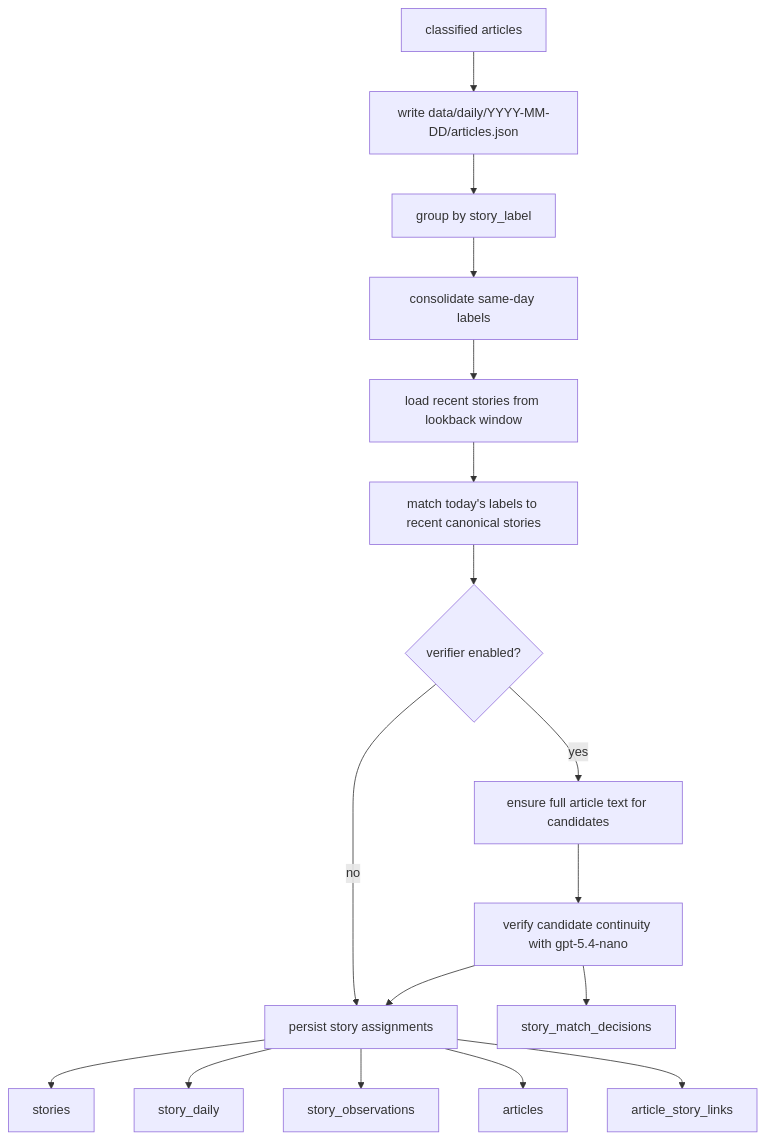
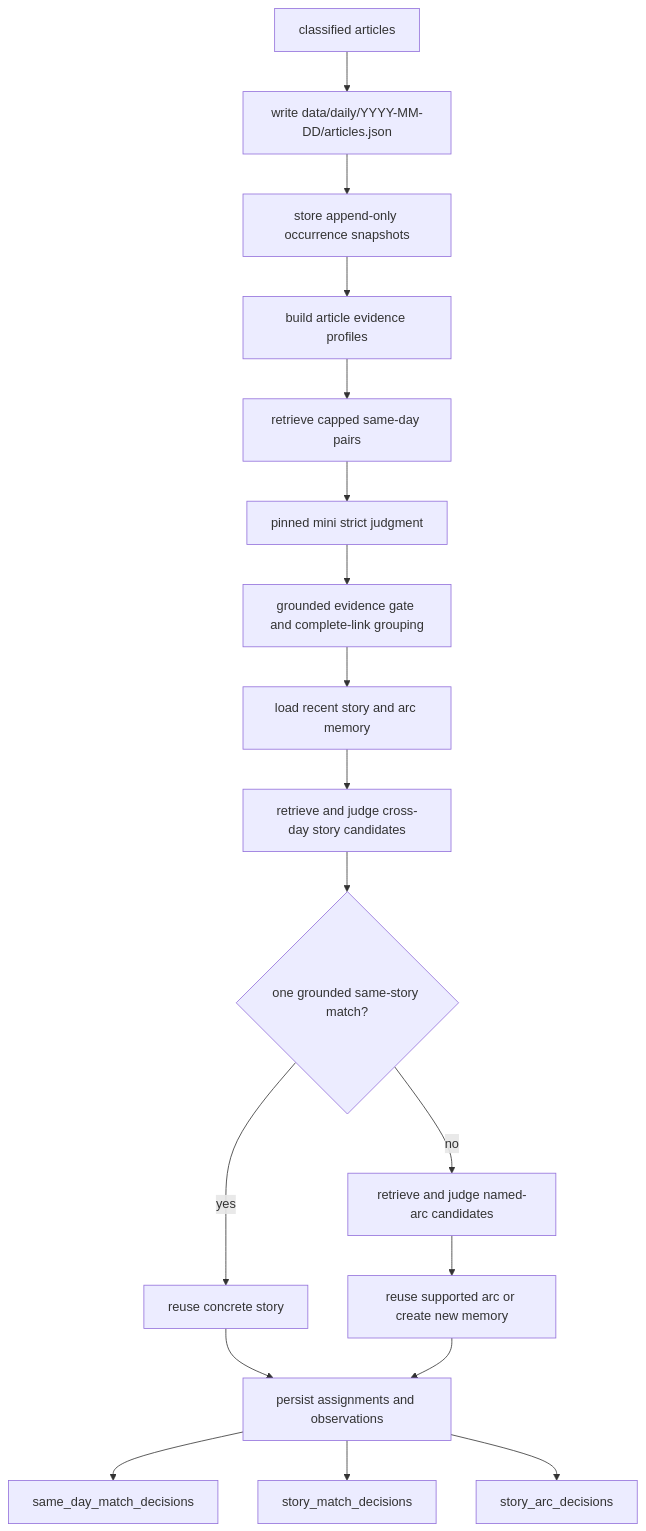
One commit to MecGlandorff/News changed the third of 5 diagrams in docs/how-it-works.md. Above: the diagram before and after it, drawn with Mermaid. The commit also changed other lines of this file and 14 other files, not shown here.

````diff
--- a/docs/how-it-works.md
+++ b/docs/how-it-works.md
@@ -166,19 +166,20 @@
 ```mermaid
 flowchart TD
     A[classified articles] --> B[write data/daily/YYYY-MM-DD/articles.json]
-    B --> C[group by story_label]
-    C --> D[consolidate same-day labels]
-    D --> E[load recent stories from lookback window]
-    E --> F[match today's labels to recent canonical stories]
-    F --> G{"verifier enabled?"}
-    G -- no --> H[persist story assignments]
-    G -- yes --> I[ensure full article text for candidates]
-    I --> J[verify candidate continuity with gpt-5.4-nano]
-    J --> H
-    H --> K[stories]
-    H --> L[story_daily]
-    H --> M[story_observations]
-    H --> N[articles]
-    H --> O[article_story_links]
-    J --> P[story_match_decisions]
+    B --> C[store append-only occurrence snapshots]
+    C --> D[build article evidence profiles]
+    D --> E[retrieve capped same-day pairs]
+    E --> F[pinned mini strict judgment]
+    F --> G[grounded evidence gate and complete-link grouping]
+    G --> H[load recent story and arc memory]
+    H --> I[retrieve and judge cross-day story candidates]
+    I --> J{one grounded same-story match?}
+    J -- yes --> K[reuse concrete story]
+    J -- no --> L[retrieve and judge named-arc candidates]
+    L --> M[reuse supported arc or create new memory]
+    K --> N[persist assignments and observations]
+    M --> N
+    N --> O[same_day_match_decisions]
+    N --> P[story_match_decisions]
+    N --> Q[story_arc_decisions]
 ```
````
